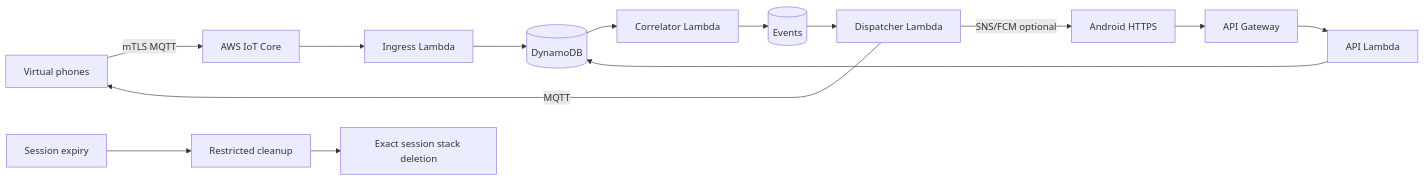
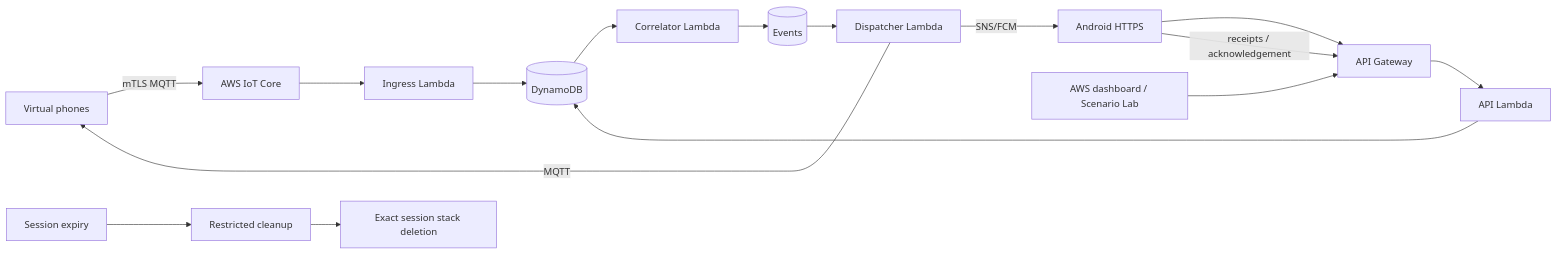
Before and after one commit to kasinathca/quakemesh: the second of 4 diagrams in docs/v2/QM-V2-ARCHITECTURE.md, drawn with Mermaid. The commit also changed other lines of this file and 20 other files, not shown here.

````diff
--- a/docs/v2/QM-V2-ARCHITECTURE.md
+++ b/docs/v2/QM-V2-ARCHITECTURE.md
@@ -30,16 +30,18 @@
 ```mermaid
 flowchart LR
   SIM[Virtual phones] -->|mTLS MQTT| IOT[AWS IoT Core]
   PHONE[Android HTTPS] --> APIGW[API Gateway]
   IOT --> ING[Ingress Lambda]
   APIGW --> API[API Lambda]
   ING --> DD[(DynamoDB)]
   API --> DD
   DD --> CORR[Correlator Lambda]
   CORR --> EVT[(Events)]
   EVT --> DISP[Dispatcher Lambda]
   DISP -->|MQTT| SIM
-  DISP -->|SNS/FCM optional| PHONE
+  DISP -->|SNS/FCM| PHONE
+  PHONE -->|receipts / acknowledgement| APIGW
+  DASH[AWS dashboard / Scenario Lab] --> APIGW
   EXP[Session expiry] --> CLEAN[Restricted cleanup]
   CLEAN --> STACK[Exact session stack deletion]
 ```
````
